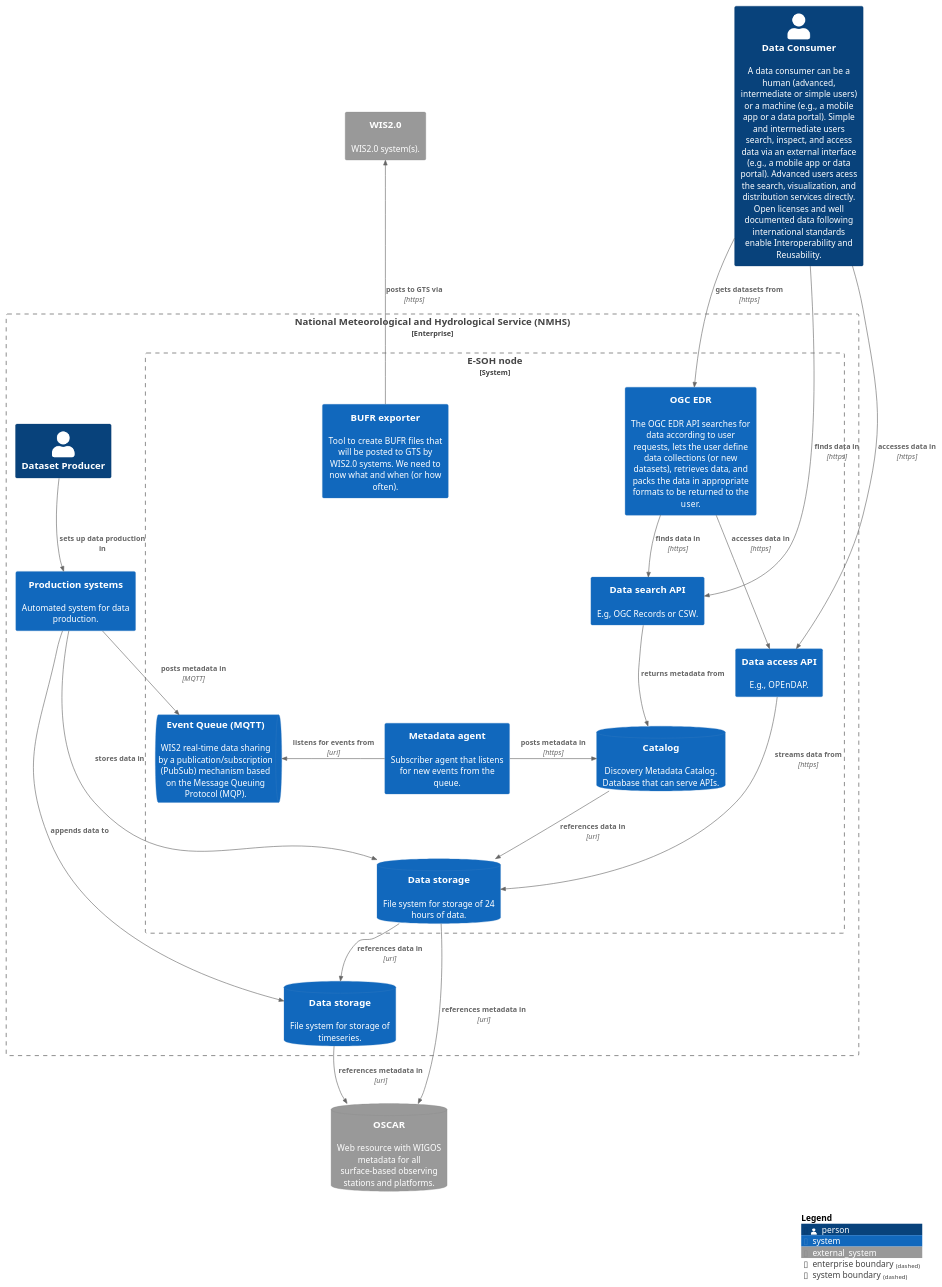
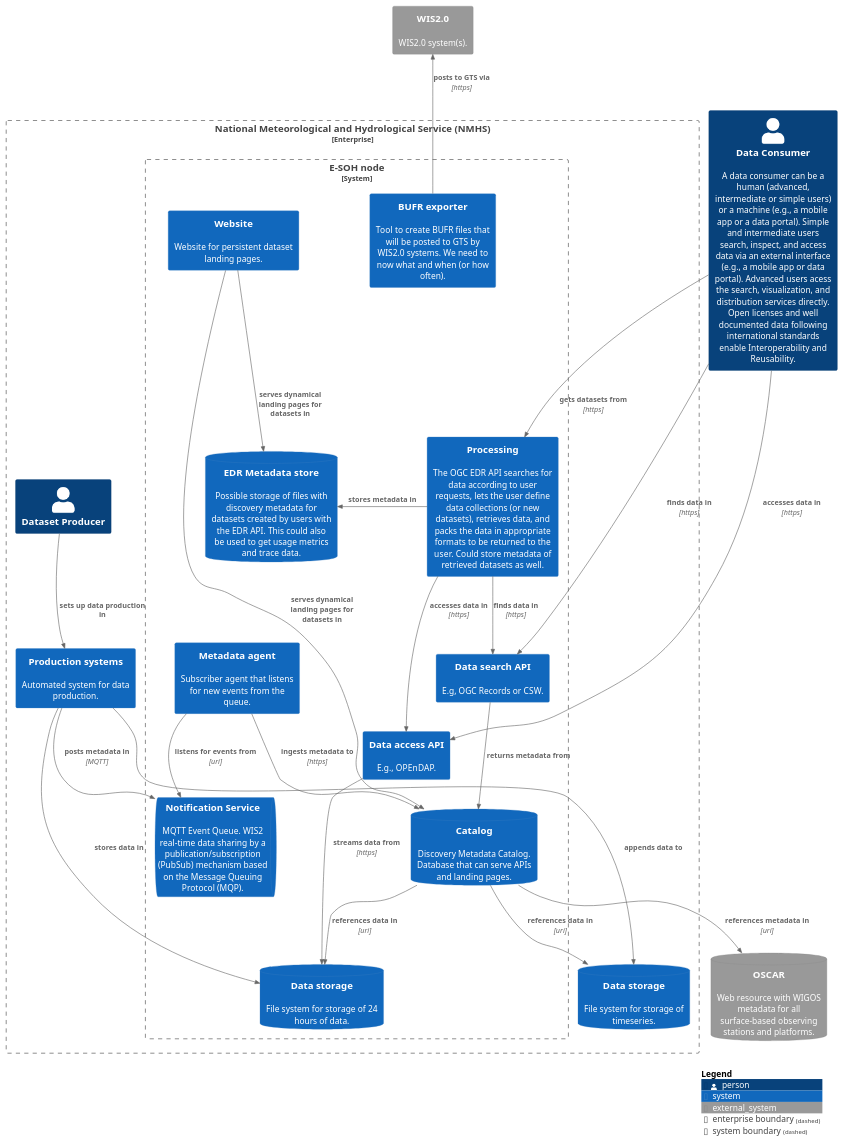
Before and after one commit to EURODEO/e-soh-c4: the diagram in MWH-context.puml, drawn with PlantUML.

Commit message:
add website with landing pages and update system names

```diff
--- a/MWH-context.puml
+++ b/MWH-context.puml
@@ -1,54 +1,58 @@
 @startuml context-diagram
 !include https://raw.githubusercontent.com/plantuml-stdlib/C4-PlantUML/master/C4_Context.puml
 
 LAYOUT_TOP_DOWN()
 'LAYOUT_LEFT_RIGHT()
 
 Person(consumers, "Data Consumer", "A data consumer can be a human (advanced, intermediate or simple users) or a machine (e.g., a mobile app or a data portal). Simple and intermediate users search, inspect, and access data via an external interface (e.g., a mobile app or data portal). Advanced users acess the search, visualization, and distribution services directly. Open licenses and well documented data following international standards enable Interoperability and Reusability.")
 SystemDb_Ext(oscar, "OSCAR", "Web resource with WIGOS metadata for all surface-based observing stations and platforms.")
 
 Enterprise_Boundary(nhms, "National Meteorological and Hydrological Service (NMHS)"){
   Person(dataproducer, "Dataset Producer")
   System(productionhub, "Production systems", "Automated system for data production.")
   SystemDb(datastore, "Data storage", "File system for storage of timeseries.")
 
   System_Boundary(e-soh, "E-SOH node"){
     SystemDb(store24, "Data storage", "File system for storage of 24 hours of data.")
-    SystemQueue(queue, "Event Queue (MQTT)", "WIS2 real-time data sharing by a publication/subscription (PubSub) mechanism based on the Message Queuing Protocol (MQP).")
-    SystemDb(discovery24, "Catalog", "Discovery Metadata Catalog. Database that can serve APIs.")
+    SystemQueue(queue, "Notification Service", "MQTT Event Queue. WIS2 real-time data sharing by a publication/subscription (PubSub) mechanism based on the Message Queuing Protocol (MQP).")
+    SystemDb(discovery24, "Catalog", "Discovery Metadata Catalog. Database that can serve APIs and landing pages.")
     System(agent, "Metadata agent", "Subscriber agent that listens for new events from the queue.")
-    System(edr, "OGC EDR", "The OGC EDR API searches for data according to user requests, lets the user define data collections (or new datasets), retrieves data, and packs the data in appropriate formats to be returned to the user.")
+    System(edr, "Processing", "The OGC EDR API searches for data according to user requests, lets the user define data collections (or new datasets), retrieves data, and packs the data in appropriate formats to be returned to the user. Could store metadata of retrieved datasets as well.") 
+    SystemDb(edr_store, "EDR Metadata store", "Possible storage of files with discovery metadata for datasets created by users with the EDR API. This could also be used to get usage metrics and trace data.")
     System(search, "Data search API", "E.g, OGC Records or CSW.")
     System(access, "Data access API", "E.g., OPEnDAP.")
     System(bufr, "BUFR exporter", "Tool to create BUFR files that will be posted to GTS by WIS2.0 systems. We need to now what and when (or how often).")
+    System(website, "Website", "Website for persistent dataset landing pages.")
   }
 }
 
 System_Ext(wis2, "WIS2.0", "WIS2.0 system(s).")
 
 Rel_U(bufr, wis2, "posts to GTS via", "https")
 
 Rel(productionhub, queue, "posts metadata in", "MQTT")
-Rel_L(agent, queue, "listens for events from", "uri")
-Rel_R(agent, discovery24, "posts metadata in", "https")
+Rel_D(agent, queue, "listens for events from", "uri")
+Rel_D(agent, discovery24, "ingests metadata to", "https")
 Rel(discovery24, store24, "references data in", "uri")
-Rel(store24, datastore, "references data in", "uri")
-Rel(store24, oscar, "references metadata in", "uri")
-Rel(datastore, oscar, "references metadata in", "uri")
+Rel(discovery24, datastore, "references data in", "uri")
+Rel(discovery24, oscar, "references metadata in", "uri")
 Rel(edr, search, "finds data in", "https")
 Rel(edr, access, "accesses data in", "https")
 Rel(access, store24, "streams data from", "https")
 Rel(search, discovery24, "returns metadata from")
+Rel(website, discovery24, "serves dynamical landing pages for datasets in")
+Rel(website, edr_store, "serves dynamical landing pages for datasets in")
+Rel_L(edr, edr_store, "stores metadata in")
 
 Rel(consumers, search, "finds data in", "https")
 Rel(consumers, access, "accesses data in", "https")
 Rel(consumers, edr, "gets datasets from", "https")
 
 Rel(dataproducer, productionhub, "sets up data production in")
 
 Rel(productionhub, datastore, "appends data to")
 Rel(productionhub, store24, "stores data in")
 
 SHOW_LEGEND()
 
 @enduml
```
